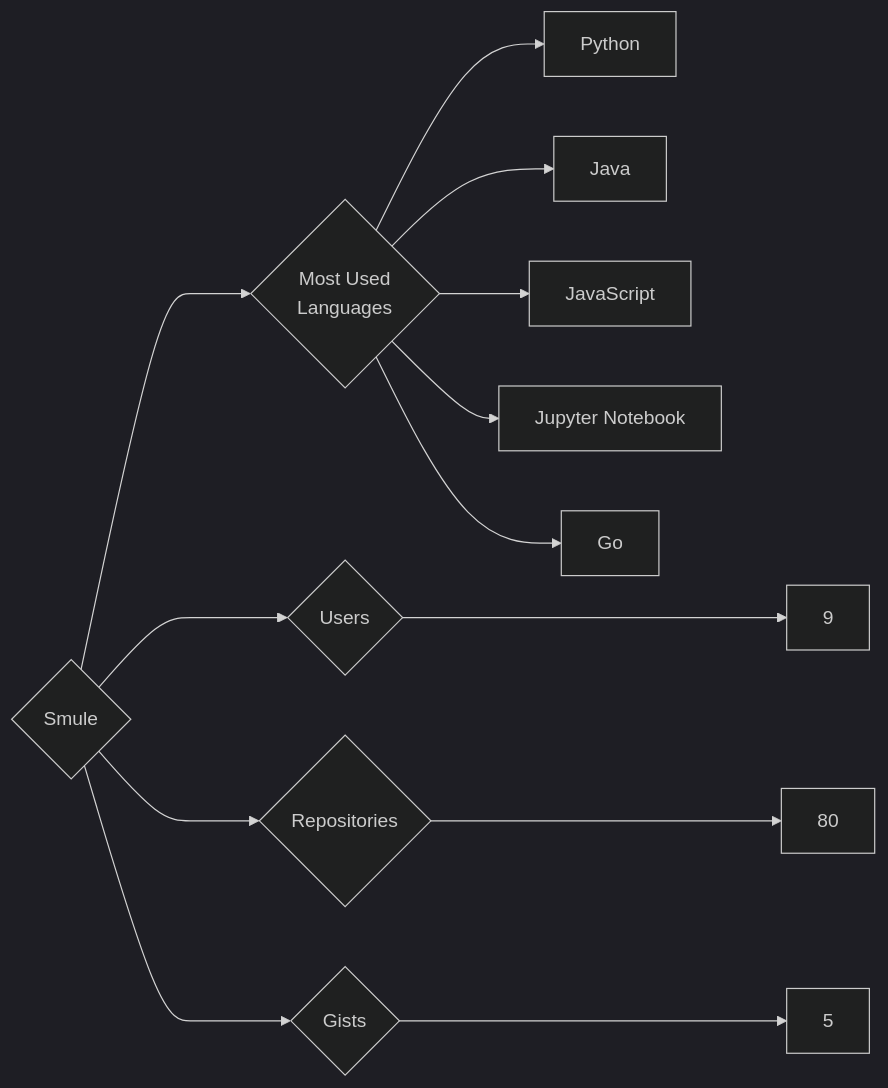
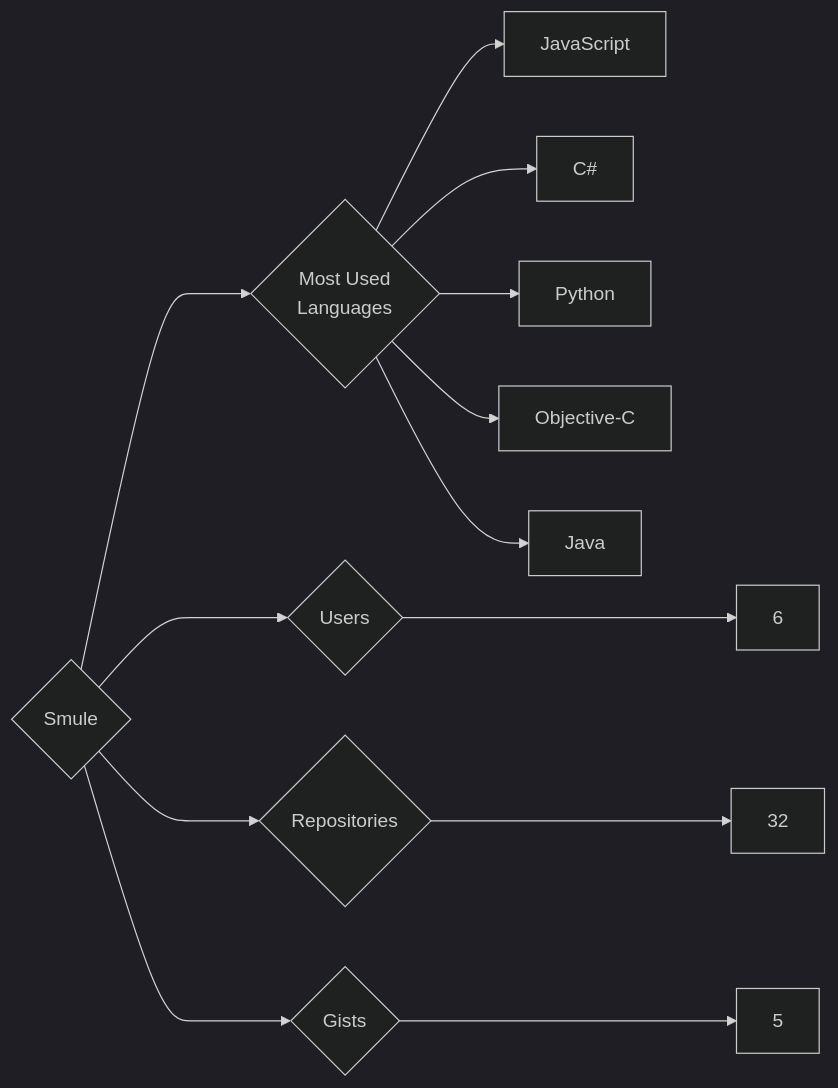
Before and after one commit to trickest/insiders: the diagram in targets/Smule/README.md, drawn with Mermaid (dark theme). The commit also changed 677 other files, not shown here.

````diff
--- a/targets/Smule/README.md
+++ b/targets/Smule/README.md
@@ -3,13 +3,13 @@
 ```mermaid
 graph LR
 COMPANY_NAME{Smule}
-COMPANY_NAME ---> U{Users} ---> UN[9]
-COMPANY_NAME ---> R{Repositories} ---> RN[80]
+COMPANY_NAME ---> U{Users} ---> UN[6]
+COMPANY_NAME ---> R{Repositories} ---> RN[32]
 COMPANY_NAME ---> G{Gists} ---> GN[5]
 COMPANY_NAME ---> ML{Most Used<br>Languages}
+ML --> JavaScript[JavaScript]
+ML --> C#[C#]
 ML --> Python[Python]
+ML --> Objective-C[Objective-C]
 ML --> Java[Java]
-ML --> JavaScript[JavaScript]
-ML --> Jupyter_Notebook[Jupyter Notebook]
-ML --> Go[Go]
 ```
````
